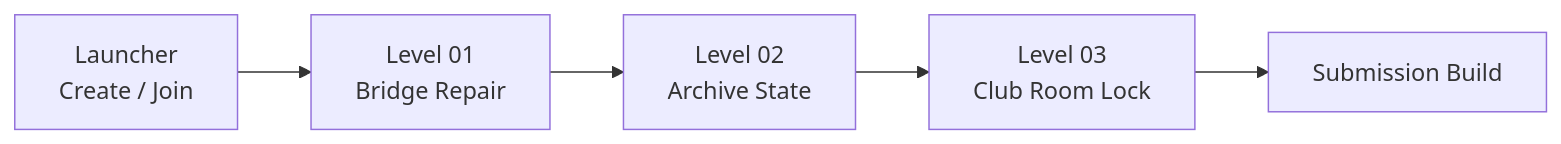
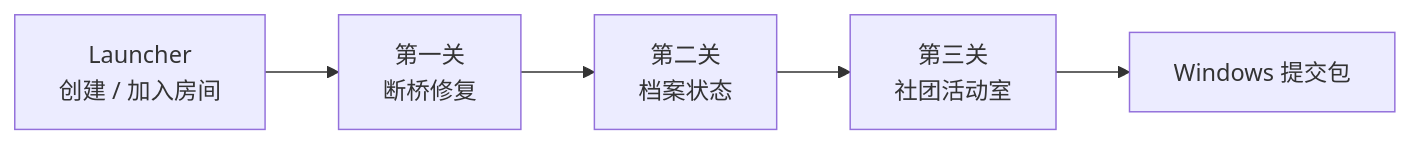
One commit to Future-Hero-Quest/future-hero-quest changed the diagram in README.md. Above: the diagram before and after it, drawn with Mermaid. The commit also changed other lines of this file, not shown here.

````diff
--- a/README.md
+++ b/README.md
@@ -34,7 +37,7 @@
 ```mermaid
 flowchart LR
-    L["Launcher<br/>Create / Join"] --> B["Level 01<br/>Bridge Repair"]
-    B --> A["Level 02<br/>Archive State"]
-    A --> C["Level 03<br/>Club Room Lock"]
-    C --> S["Submission Build"]
+    L["Launcher<br/>创建 / 加入房间"] --> B["第一关<br/>断桥修复"]
+    B --> A["第二关<br/>档案状态"]
+    A --> C["第三关<br/>社团活动室"]
+    C --> S["Windows 提交包"]
 ```
````
